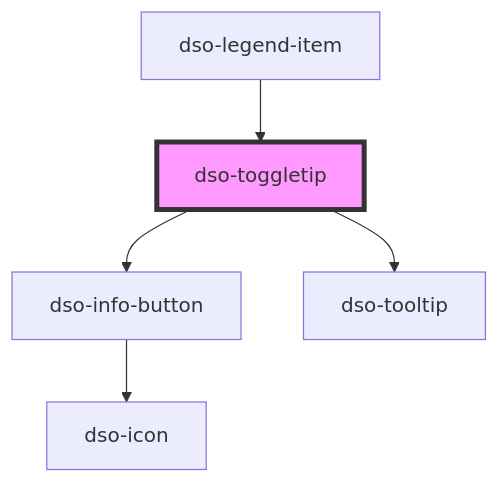
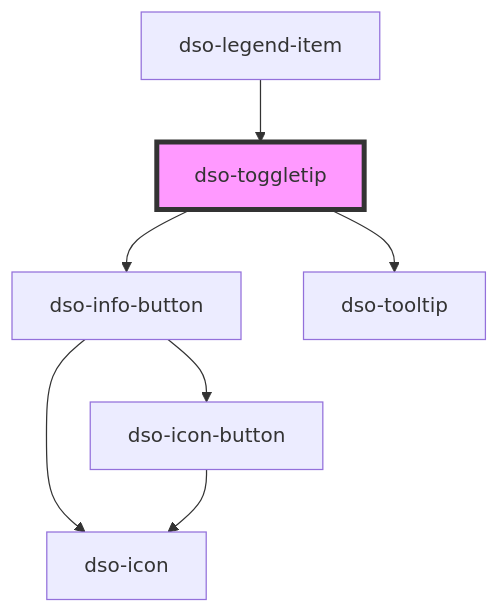
One commit to dso-toolkit/dso-toolkit changed the diagram in packages/core/src/components/toggletip/readme.md. Above: the diagram before and after it, drawn with Mermaid. The commit also changed 97 other files, not shown here.

Commit message:
#2315 [Added] Icon Button: Nieuw component

````diff
--- a/packages/core/src/components/toggletip/readme.md
+++ b/packages/core/src/components/toggletip/readme.md
@@ -28,8 +28,10 @@
 ```mermaid
 graph TD;
   dso-toggletip --> dso-info-button
   dso-toggletip --> dso-tooltip
+  dso-info-button --> dso-icon-button
   dso-info-button --> dso-icon
+  dso-icon-button --> dso-icon
   dso-legend-item --> dso-toggletip
   style dso-toggletip fill:#f9f,stroke:#333,stroke-width:4px
 ```
````
